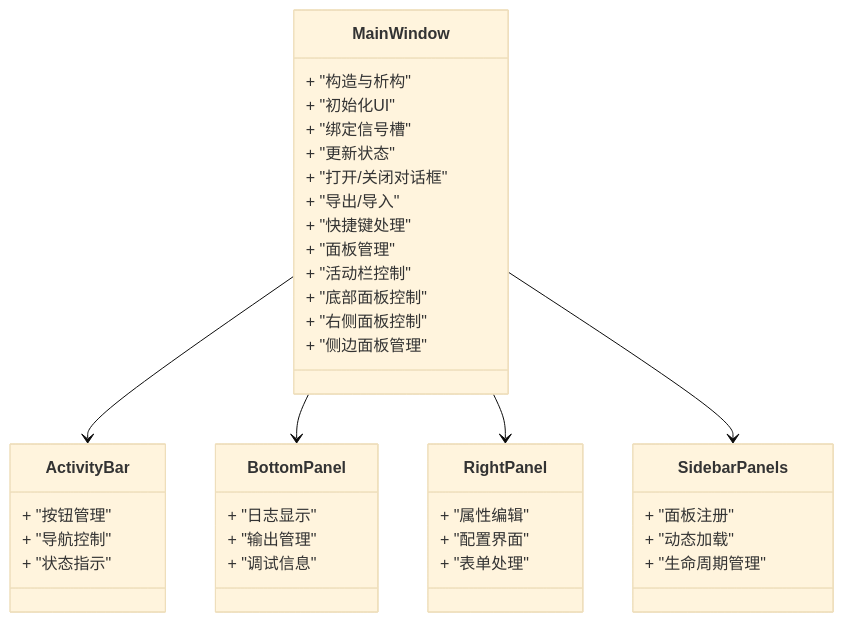
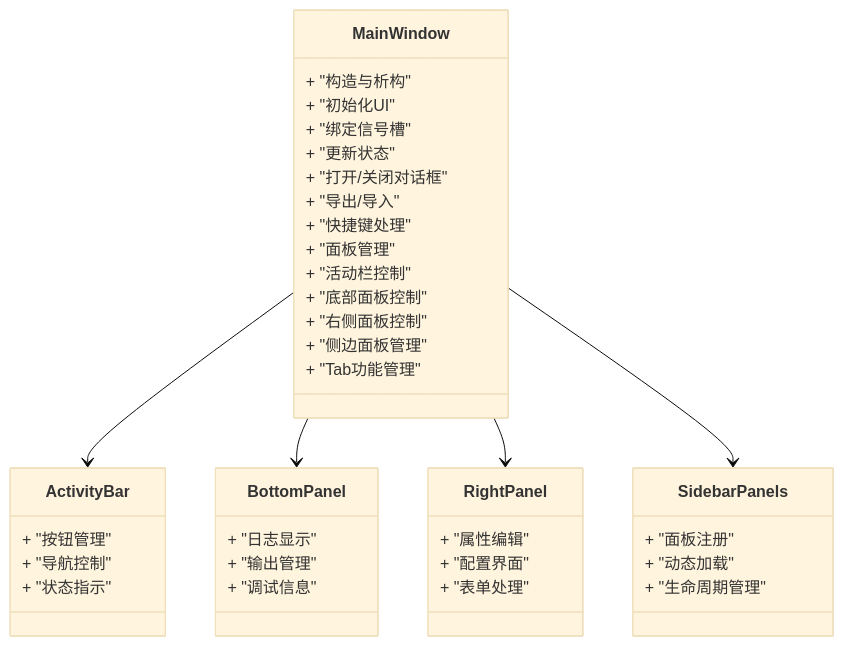
The third of 4 diagrams in .qoder/repowiki/zh/content/架构设计/主窗口组件架构.md (jakecai1225-design/OpenBus), drawn with Mermaid (base theme) before and after one commit. The commit also changed other lines of this file and 32 other files, not shown here.

````diff
--- a/.qoder/repowiki/zh/content/架构设计/主窗口组件架构.md
+++ b/.qoder/repowiki/zh/content/架构设计/主窗口组件架构.md
@@ -168,41 +169,42 @@
 ```mermaid
 classDiagram
 class MainWindow {
 + "构造与析构"
 + "初始化UI"
 + "绑定信号槽"
 + "更新状态"
 + "打开/关闭对话框"
 + "导出/导入"
 + "快捷键处理"
 + "面板管理"
 + "活动栏控制"
 + "底部面板控制"
 + "右侧面板控制"
 + "侧边面板管理"
++ "Tab功能管理"
 }
 class ActivityBar {
 + "按钮管理"
 + "导航控制"
 + "状态指示"
 }
 class BottomPanel {
 + "日志显示"
 + "输出管理"
 + "调试信息"
 }
 class RightPanel {
 + "属性编辑"
 + "配置界面"
 + "表单处理"
 }
 class SidebarPanels {
 + "面板注册"
 + "动态加载"
 + "生命周期管理"
 }
 MainWindow --> ActivityBar
 MainWindow --> BottomPanel
 MainWindow --> RightPanel
 MainWindow --> SidebarPanels
 ```
````
